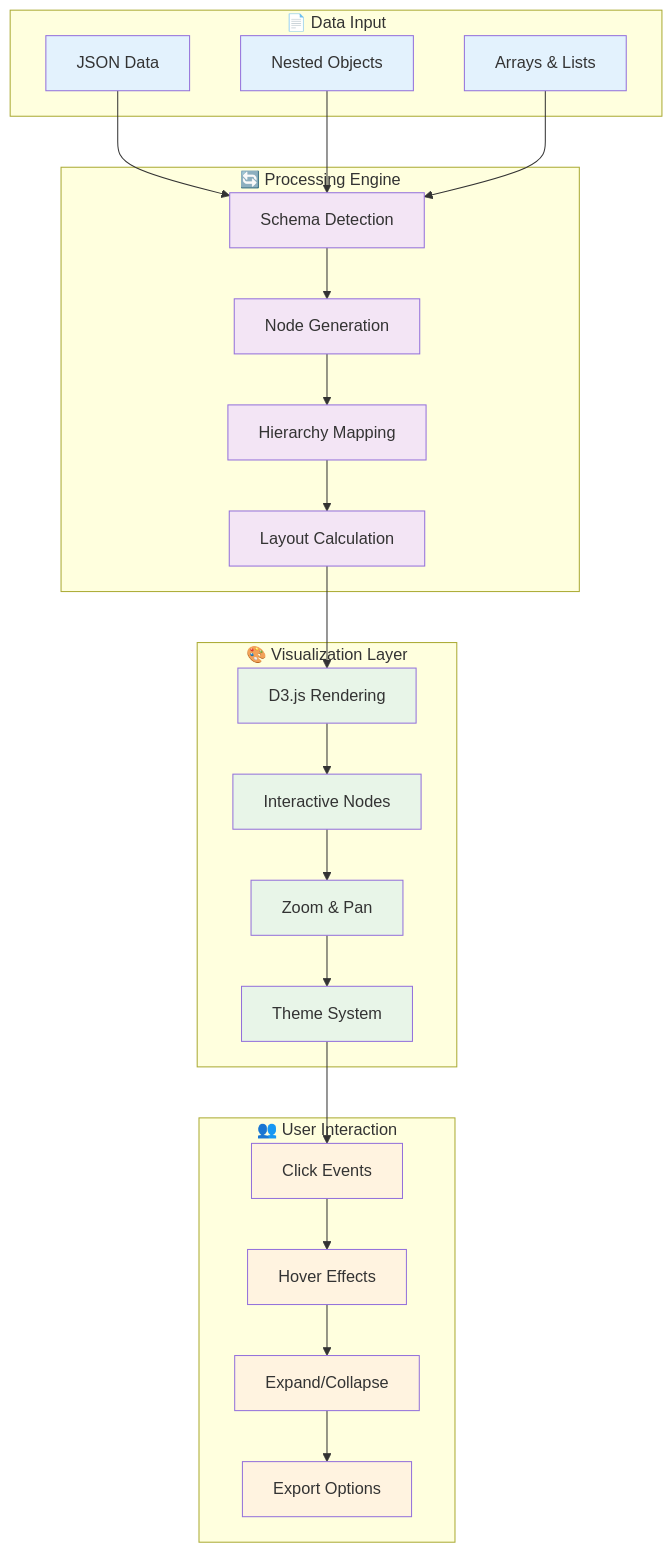
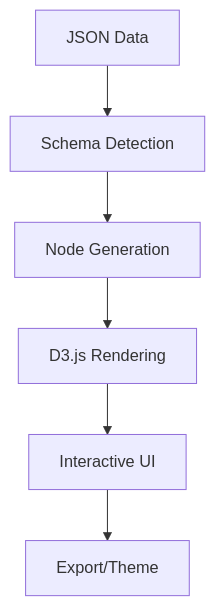
One commit to workflow-builder/nodeq-mindmap changed the first of 10 diagrams in README.md. Above: the diagram before and after it, drawn with Mermaid. The commit also changed other lines of this file, not shown here.

First line of the commit message:
Assistant checkpoint: Update architecture diagrams to be smaller and side-by-side

````diff
--- a/README.md
+++ b/README.md
@@ -13,54 +17,8 @@
 ```mermaid
-flowchart TB
-    subgraph "📄 Data Input"
-        A[JSON Data]
-        B[Nested Objects]
-        C[Arrays & Lists]
-    end
-
-    subgraph "🔄 Processing Engine"
-        D[Schema Detection]
-        E[Node Generation]
-        F[Hierarchy Mapping]
-        G[Layout Calculation]
-    end
-
-    subgraph "🎨 Visualization Layer"
-        H[D3.js Rendering]
-        I[Interactive Nodes]
-        J[Zoom & Pan]
-        K[Theme System]
-    end
-
-    subgraph "👥 User Interaction"
-        L[Click Events]
-        M[Hover Effects]
-        N[Expand/Collapse]
-        O[Export Options]
-    end
-
-    A --> D
-    B --> D
-    C --> D
-    D --> E
-    E --> F
-    F --> G
-    G --> H
-    H --> I
-    I --> J
-    J --> K
-    K --> L
-    L --> M
-    M --> N
-    N --> O
-
-    classDef input fill:#e3f2fd
-    classDef processing fill:#f3e5f5
-    classDef visual fill:#e8f5e8
-    classDef interaction fill:#fff3e0
-
-    class A,B,C input
-    class D,E,F,G processing
-    class H,I,J,K visual
-    class L,M,N,O interaction
+flowchart TD
+    A[JSON Data] --> B[Schema Detection]
+    B --> C[Node Generation]
+    C --> D[D3.js Rendering]
+    D --> E[Interactive UI]
+    E --> F[Export/Theme]
 ```
````
